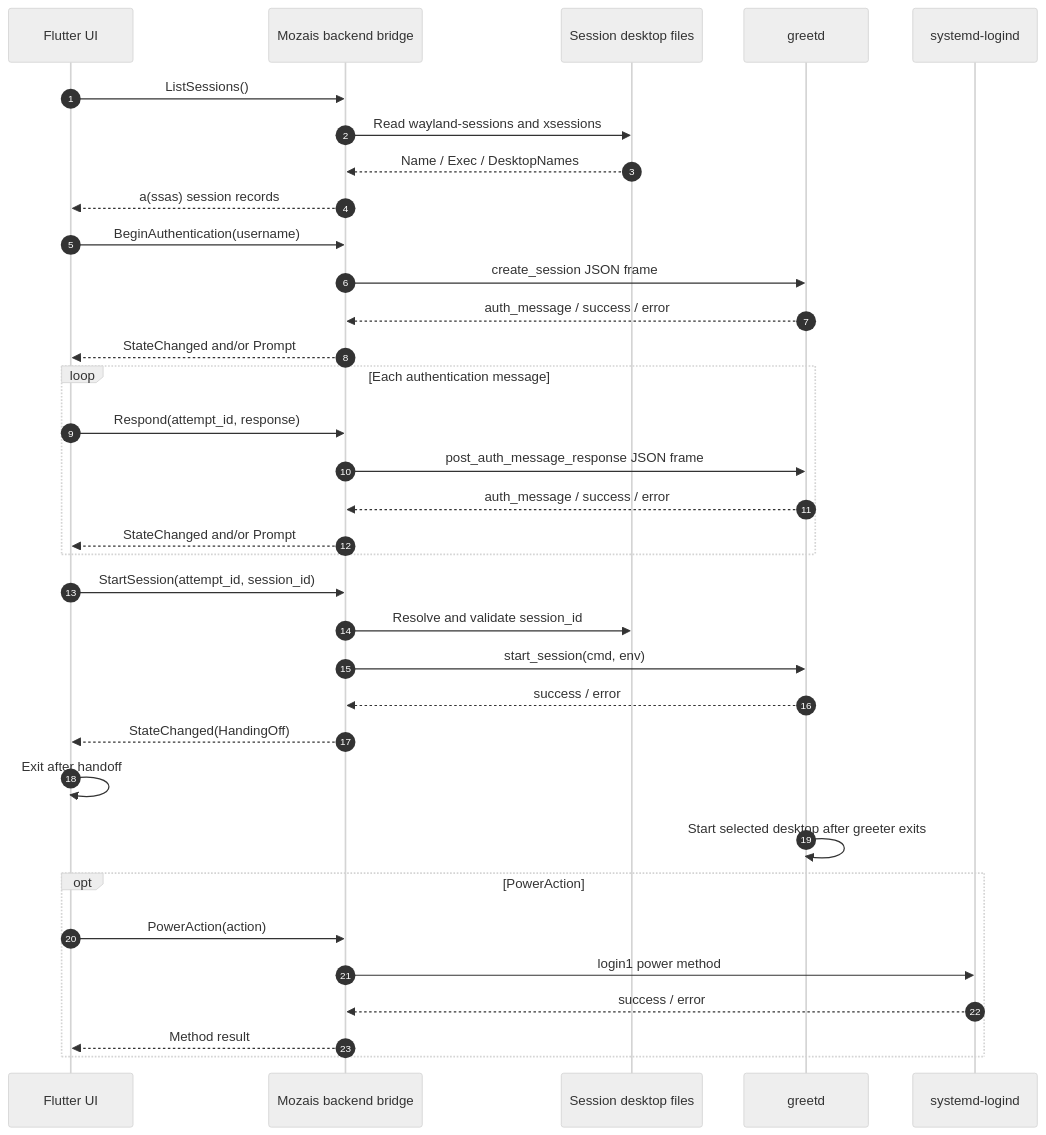
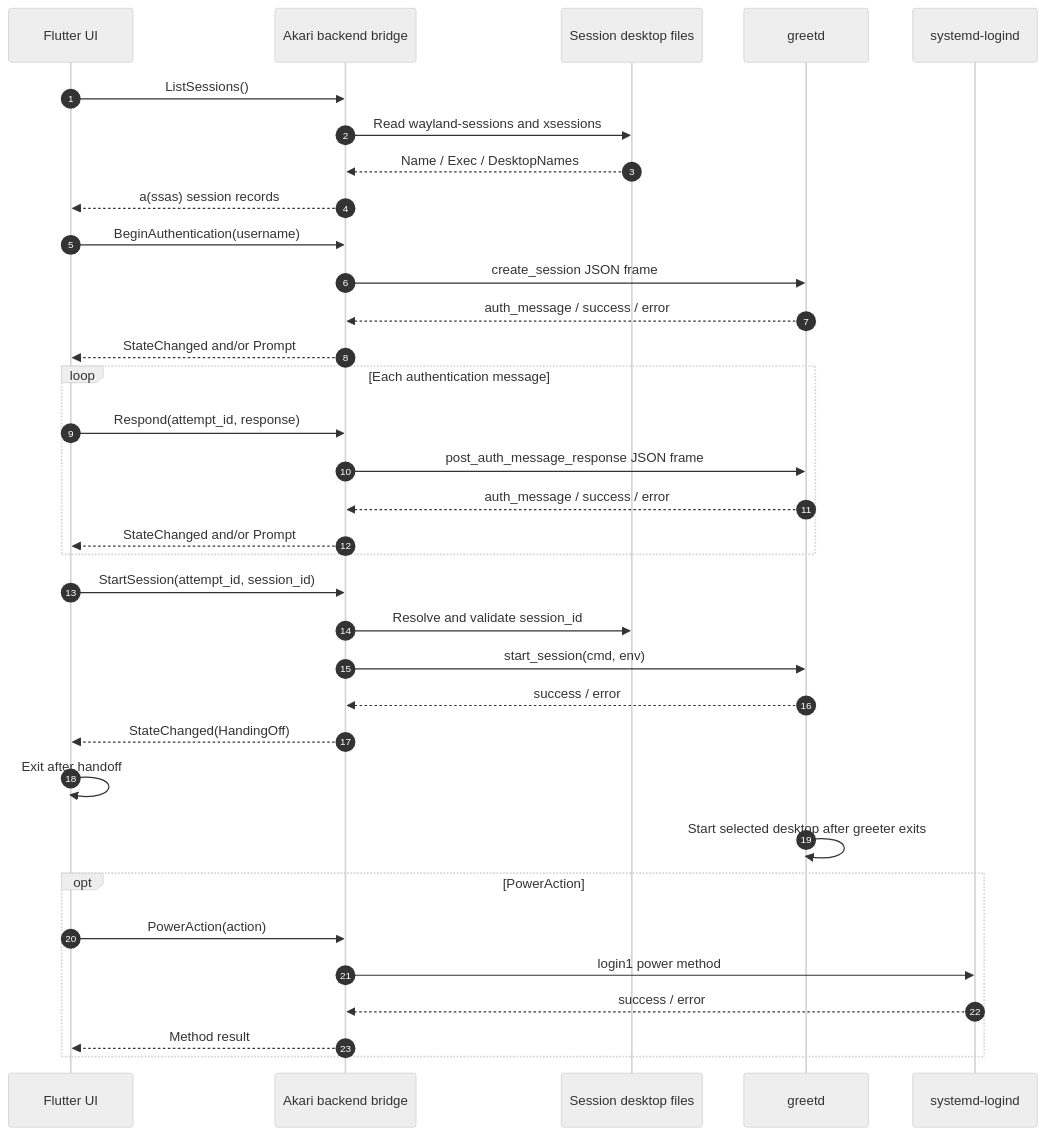
One commit to anfsity/Akari changed the first of 3 diagrams in docs/reference/dbus.md. Above: the diagram before and after it, drawn with Mermaid (neutral theme). The commit also changed other lines of this file and 95 other files, not shown here.

Commit message:
chore: rename Mozais project to Akari

````diff
--- a/docs/reference/dbus.md
+++ b/docs/reference/dbus.md
@@ -42,41 +42,41 @@
 ```mermaid
 sequenceDiagram
     autonumber
     participant UI as Flutter UI
-    participant B as Mozais backend bridge
+    participant B as Akari backend bridge
     participant F as Session desktop files
     participant G as greetd
     participant L as systemd-logind
 
     UI->>B: ListSessions()
     B->>F: Read wayland-sessions and xsessions
     F-->>B: Name / Exec / DesktopNames
     B-->>UI: a(ssas) session records
 
     UI->>B: BeginAuthentication(username)
     B->>G: create_session JSON frame
     G-->>B: auth_message / success / error
     B-->>UI: StateChanged and/or Prompt
 
     loop Each authentication message
         UI->>B: Respond(attempt_id, response)
         B->>G: post_auth_message_response JSON frame
         G-->>B: auth_message / success / error
         B-->>UI: StateChanged and/or Prompt
     end
 
     UI->>B: StartSession(attempt_id, session_id)
     B->>F: Resolve and validate session_id
     B->>G: start_session(cmd, env)
     G-->>B: success / error
     B-->>UI: StateChanged(HandingOff)
     UI->>UI: Exit after handoff
     G->>G: Start selected desktop after greeter exits
 
     opt PowerAction
         UI->>B: PowerAction(action)
         B->>L: login1 power method
         L-->>B: success / error
         B-->>UI: Method result
     end
 ```
````
